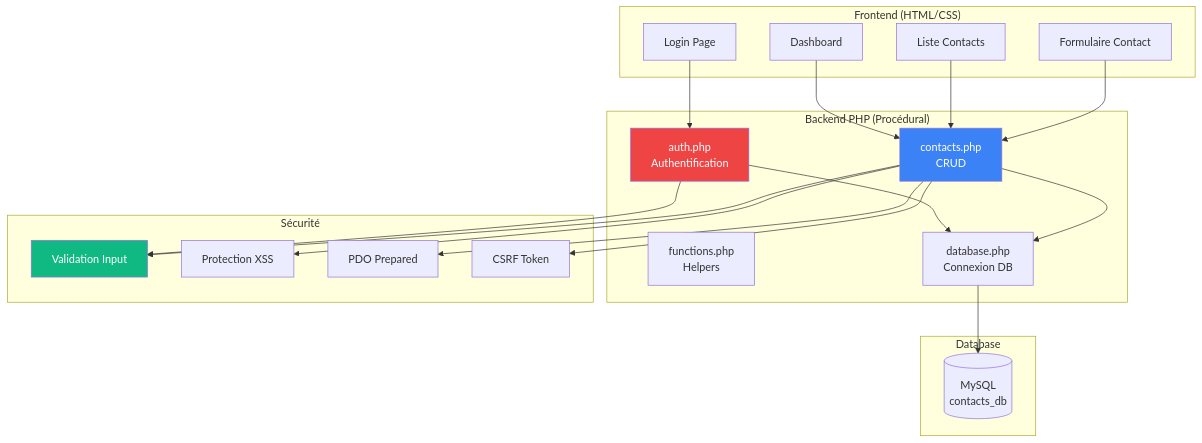
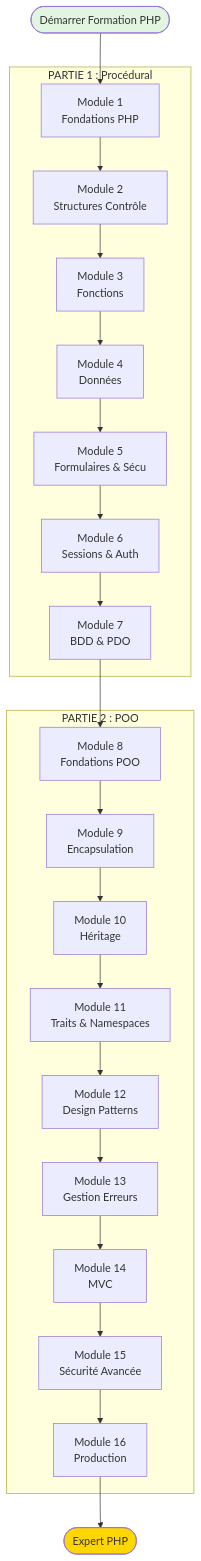
The diagram in docs/dev-cloud/lang/php/index.md (zyrass/omnydocs), drawn with Mermaid before and after one commit. The commit also changed other lines of this file and 10 other files, not shown here.

````diff
--- a/docs/dev-cloud/lang/php/index.md
+++ b/docs/dev-cloud/lang/php/index.md
@@ -62,46 +369,37 @@
 ```mermaid
 graph TB
-    subgraph "Frontend (HTML/CSS)"
-        A[Login Page]
-        B[Dashboard]
-        C[Liste Contacts]
-        D[Formulaire Contact]
+    Start([Démarrer Formation PHP])
+    
+    subgraph "PARTIE 1 : Procédural"
+        M1[Module 1<br/>Fondations PHP]
+        M2[Module 2<br/>Structures Contrôle]
+        M3[Module 3<br/>Fonctions]
+        M4[Module 4<br/>Données]
+        M5[Module 5<br/>Formulaires & Sécu]
+        M6[Module 6<br/>Sessions & Auth]
+        M7[Module 7<br/>BDD & PDO]
     end
     
-    subgraph "Backend PHP (Procédural)"
-        E[auth.php<br/>Authentification]
-        F[contacts.php<br/>CRUD]
-        G[functions.php<br/>Helpers]
-        H[database.php<br/>Connexion DB]
+    subgraph "PARTIE 2 : POO"
+        M8[Module 8<br/>Fondations POO]
+        M9[Module 9<br/>Encapsulation]
+        M10[Module 10<br/>Héritage]
+        M11[Module 11<br/>Traits & Namespaces]
+        M12[Module 12<br/>Design Patterns]
+        M13[Module 13<br/>Gestion Erreurs]
+        M14[Module 14<br/>MVC]
+        M15[Module 15<br/>Sécurité Avancée]
+        M16[Module 16<br/>Production]
     end
     
-    subgraph "Sécurité"
-        I[Validation Input]
-        J[Protection XSS]
-        K[PDO Prepared]
-        L[CSRF Token]
-    end
+    End([Expert PHP])
     
-    subgraph "Database"
-        M[(MySQL<br/>contacts_db)]
-    end
+    Start --> M1
+    M1 --> M2 --> M3 --> M4 --> M5 --> M6 --> M7
+    M7 --> M8
+    M8 --> M9 --> M10 --> M11 --> M12 --> M13 --> M14 --> M15 --> M16
+    M16 --> End
     
-    A --> E
-    B --> F
-    C --> F
-    D --> F
-    
-    E --> I
-    F --> I
-    F --> J
-    F --> K
-    F --> L
-    
-    E --> H
-    F --> H
-    H --> M
-    
-    style E fill:#ef4444,color:#fff
-    style F fill:#3b82f6,color:#fff
-    style I fill:#10b981,color:#fff
+    style Start fill:#e1f5e1
+    style End fill:#ffd700
 ```
````
